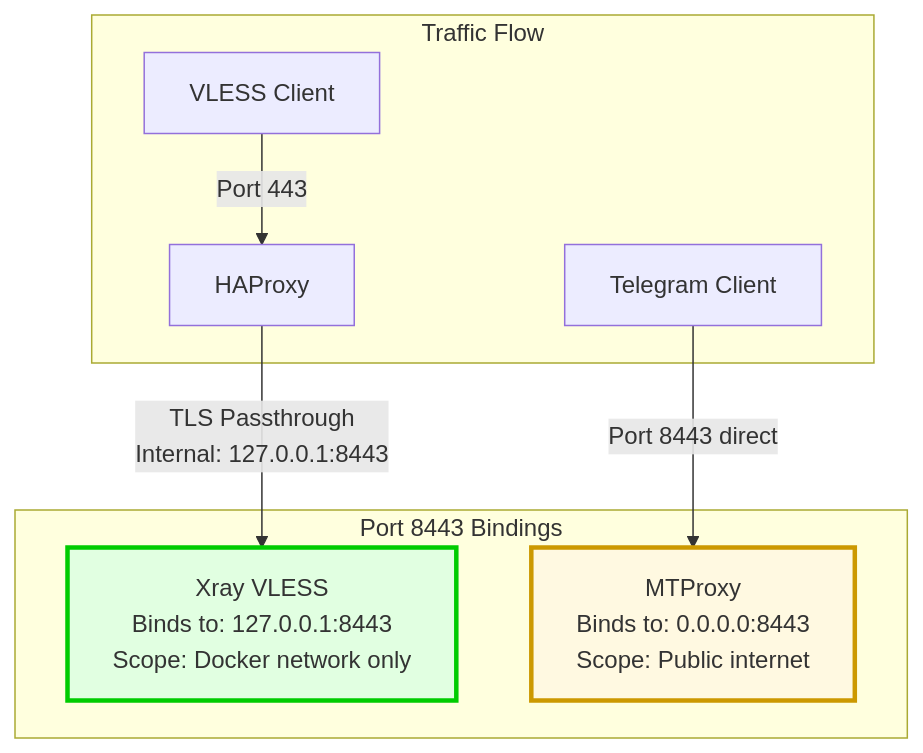
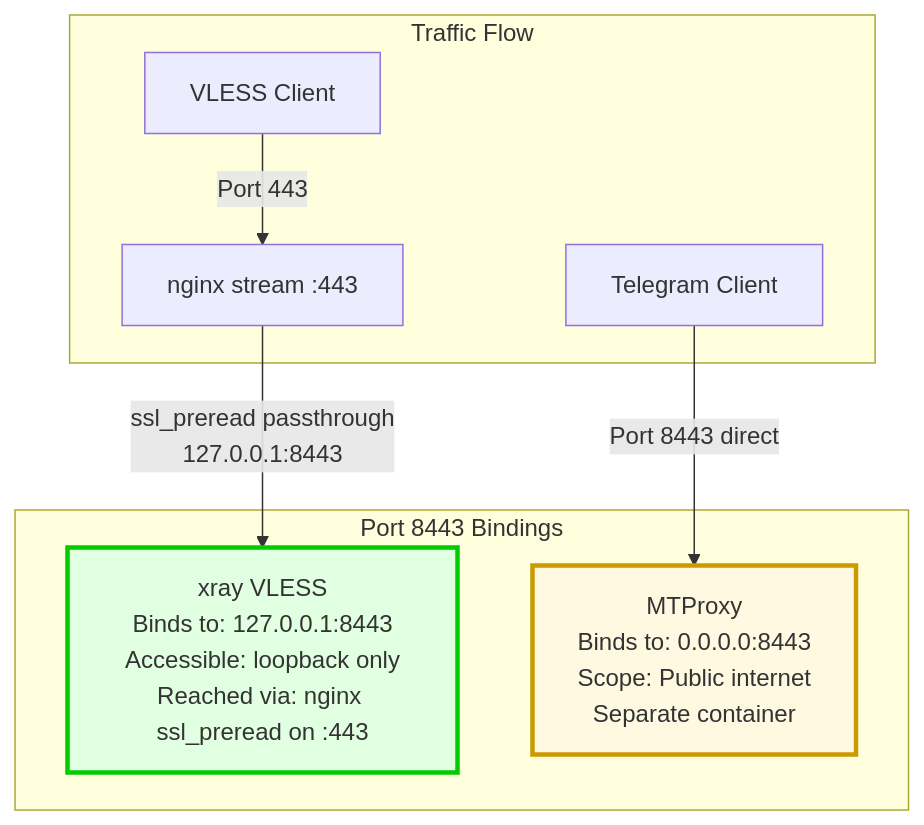
One commit to ikeniborn/vless changed the fifth of 5 diagrams in docs/architecture/diagrams/deployment/port-mapping.md. Above: the diagram before and after it, drawn with Mermaid. The commit also changed other lines of this file and 24 other files, not shown here.

````diff
--- a/docs/architecture/diagrams/deployment/port-mapping.md
+++ b/docs/architecture/diagrams/deployment/port-mapping.md
@@ -283,17 +243,17 @@
 ```mermaid
 graph TB
     subgraph "Port 8443 Bindings"
-        XrayBind[Xray VLESS<br/>Binds to: 127.0.0.1:8443<br/>Scope: Docker network only]
-        MTProxyBind[MTProxy<br/>Binds to: 0.0.0.0:8443<br/>Scope: Public internet]
+        XrayBind[xray VLESS<br/>Binds to: 127.0.0.1:8443<br/>Accessible: loopback only<br/>Reached via: nginx ssl_preread on :443]
+        MTProxyBind[MTProxy<br/>Binds to: 0.0.0.0:8443<br/>Scope: Public internet<br/>Separate container]
     end
 
     subgraph "Traffic Flow"
-        VLESSClient[VLESS Client] -->|Port 443| HAProxy
-        HAProxy -->|TLS Passthrough<br/>Internal: 127.0.0.1:8443| XrayBind
+        VLESSClient[VLESS Client] -->|Port 443| NginxStream[nginx stream :443]
+        NginxStream -->|ssl_preread passthrough<br/>127.0.0.1:8443| XrayBind
 
         TelegramClient[Telegram Client] -->|Port 8443 direct| MTProxyBind
     end
 
     style XrayBind fill:#e1ffe1,stroke:#00cc00,stroke-width:3px
     style MTProxyBind fill:#fff9e1,stroke:#cc9900,stroke-width:3px
 ```
````
